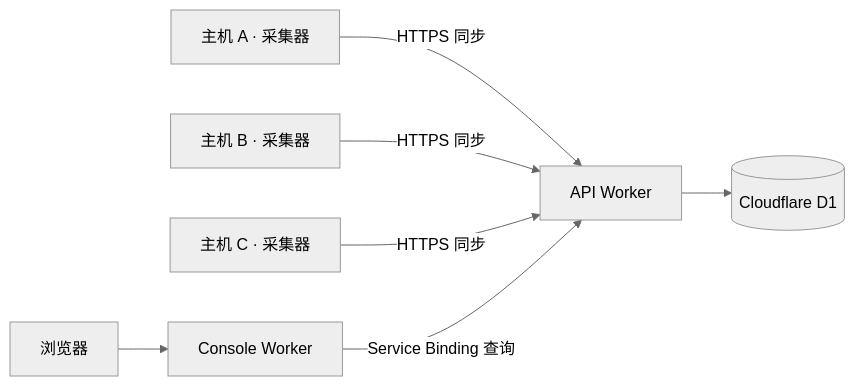
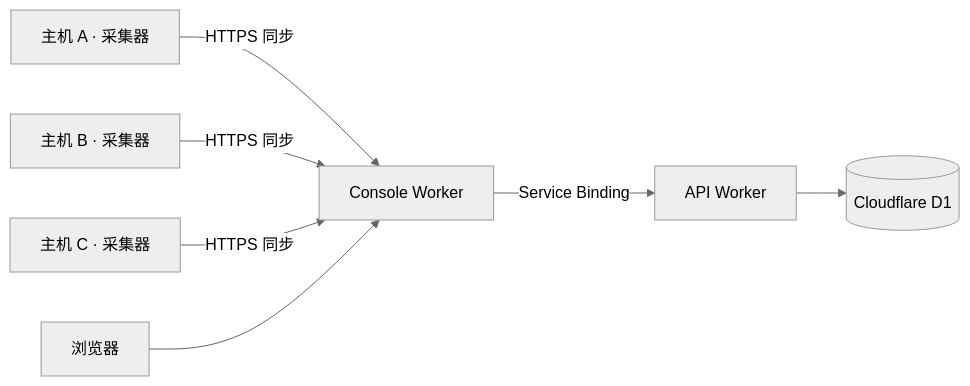
The diagram in README_CN.md (HSwift/tokscale-serverless), drawn with Mermaid (neutral theme) before and after one commit. The commit also changed other lines of this file and 11 other files, not shown here.

````diff
--- a/README_CN.md
+++ b/README_CN.md
@@ -21,9 +21,9 @@
 ```mermaid
 flowchart LR
-    A[主机 A · 采集器] -->|HTTPS 同步| API[API Worker]
-    B[主机 B · 采集器] -->|HTTPS 同步| API
-    C[主机 C · 采集器] -->|HTTPS 同步| API
+    A[主机 A · 采集器] -->|HTTPS 同步| Console[Console Worker]
+    B[主机 B · 采集器] -->|HTTPS 同步| Console
+    C[主机 C · 采集器] -->|HTTPS 同步| Console
     API --> DB[(Cloudflare D1)]
-    Browser[浏览器] --> Console[Console Worker]
-    Console -->|Service Binding 查询| API
+    Browser[浏览器] --> Console
+    Console -->|Service Binding| API[API Worker]
 ```
````
